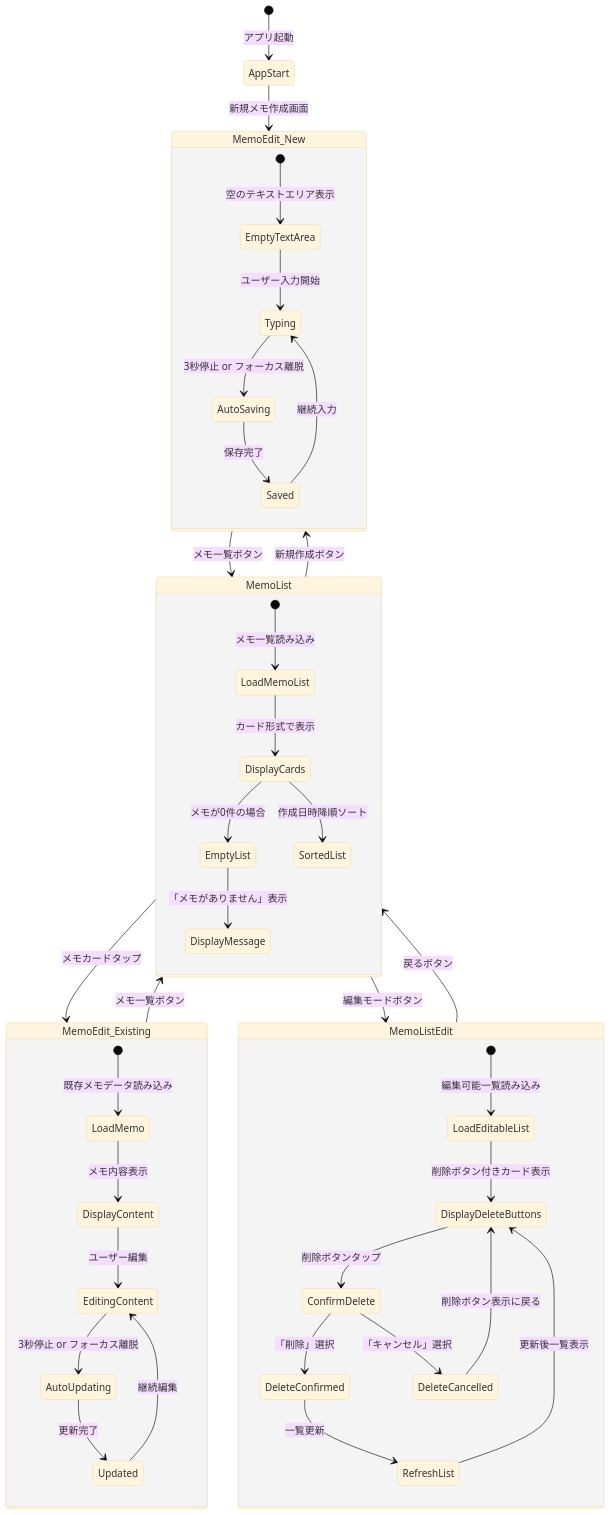
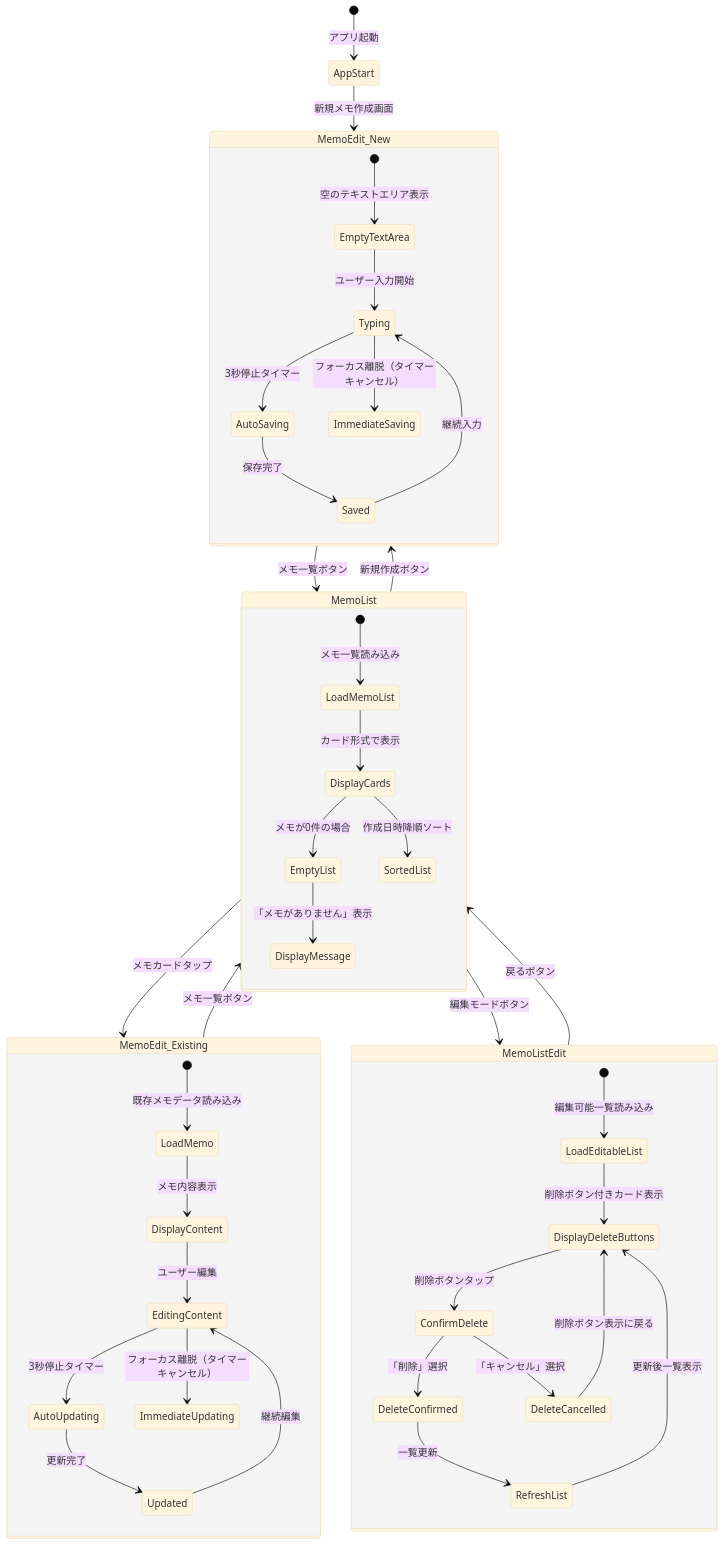
Before and after one commit to KajiyaManzou/ai-MyNotes: the second of 6 diagrams in screenFlow.md, drawn with Mermaid (base theme). The commit also changed 3 other files, not shown here.

````diff
--- a/screenFlow.md
+++ b/screenFlow.md
@@ -44,50 +44,52 @@
 ```mermaid
 stateDiagram-v2
     [*] --> AppStart : アプリ起動
     
     AppStart --> MemoEdit_New : 新規メモ作成画面
     
     state MemoEdit_New {
         [*] --> EmptyTextArea : 空のテキストエリア表示
         EmptyTextArea --> Typing : ユーザー入力開始
-        Typing --> AutoSaving : 3秒停止 or フォーカス離脱
+        Typing --> AutoSaving : 3秒停止タイマー
+        Typing --> ImmediateSaving : フォーカス離脱（タイマーキャンセル）
         AutoSaving --> Saved : 保存完了
         Saved --> Typing : 継続入力
     }
     
     state MemoEdit_Existing {
         [*] --> LoadMemo : 既存メモデータ読み込み
         LoadMemo --> DisplayContent : メモ内容表示
         DisplayContent --> EditingContent : ユーザー編集
-        EditingContent --> AutoUpdating : 3秒停止 or フォーカス離脱
+        EditingContent --> AutoUpdating : 3秒停止タイマー
+        EditingContent --> ImmediateUpdating : フォーカス離脱（タイマーキャンセル）
         AutoUpdating --> Updated : 更新完了
         Updated --> EditingContent : 継続編集
     }
     
     state MemoList {
         [*] --> LoadMemoList : メモ一覧読み込み
         LoadMemoList --> DisplayCards : カード形式で表示
         DisplayCards --> EmptyList : メモが0件の場合
         DisplayCards --> SortedList : 作成日時降順ソート
         EmptyList --> DisplayMessage : 「メモがありません」表示
     }
     
     state MemoListEdit {
         [*] --> LoadEditableList : 編集可能一覧読み込み
         LoadEditableList --> DisplayDeleteButtons : 削除ボタン付きカード表示
         DisplayDeleteButtons --> ConfirmDelete : 削除ボタンタップ
         ConfirmDelete --> DeleteConfirmed : 「削除」選択
         ConfirmDelete --> DeleteCancelled : 「キャンセル」選択
         DeleteConfirmed --> RefreshList : 一覧更新
         DeleteCancelled --> DisplayDeleteButtons : 削除ボタン表示に戻る
         RefreshList --> DisplayDeleteButtons : 更新後一覧表示
     }
     
     %% 画面間遷移
     MemoEdit_New --> MemoList : メモ一覧ボタン
     MemoEdit_Existing --> MemoList : メモ一覧ボタン
     MemoList --> MemoEdit_New : 新規作成ボタン
     MemoList --> MemoEdit_Existing : メモカードタップ
     MemoList --> MemoListEdit : 編集モードボタン
     MemoListEdit --> MemoList : 戻るボタン
 ```
````
